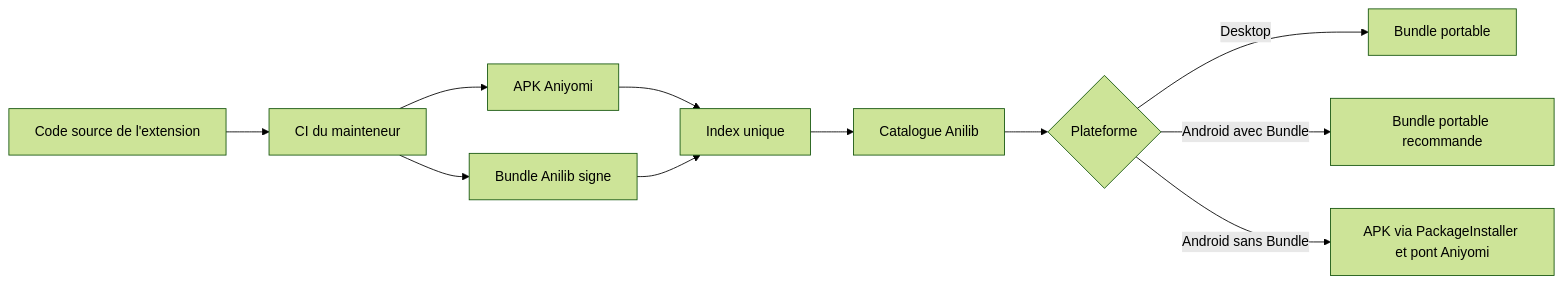
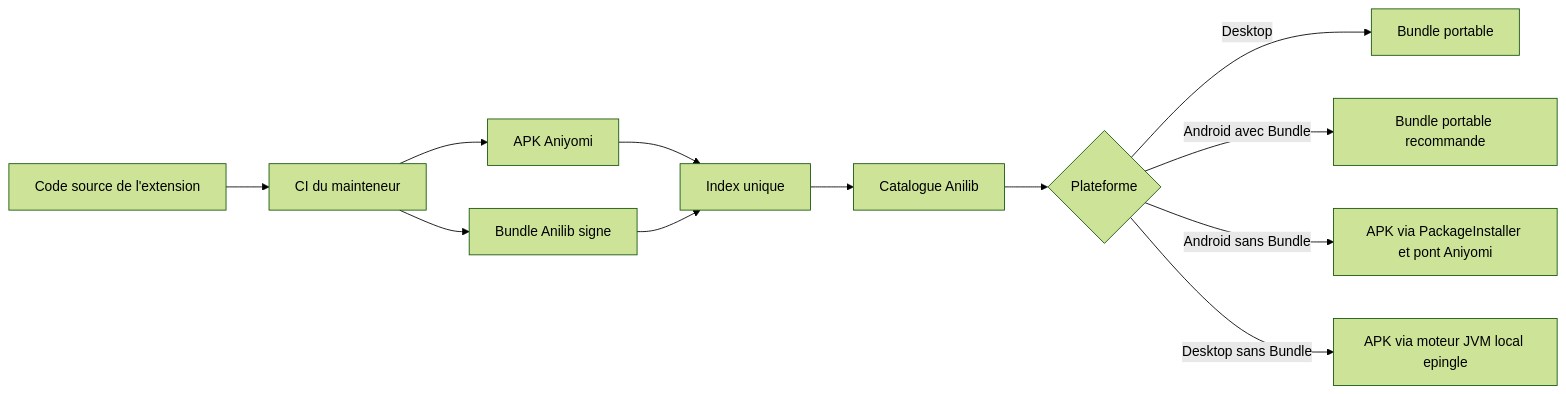
Before and after one commit to zolkers/Anilib: the diagram in Anilib/EXTENSION_CROSS_PLATFORM_STRATEGY.md, drawn with Mermaid (forest theme). The commit also changed other lines of this file and 6 other files, not shown here.

Commit message:
docs(extensions): record desktop apk strategy

````diff
--- a/Anilib/EXTENSION_CROSS_PLATFORM_STRATEGY.md
+++ b/Anilib/EXTENSION_CROSS_PLATFORM_STRATEGY.md
@@ -120,13 +123,14 @@
 ```mermaid
 flowchart LR
     S["Code source de l'extension"] --> C["CI du mainteneur"]
     C --> A["APK Aniyomi"]
     C --> B["Bundle Anilib signe"]
     A --> I["Index unique"]
     B --> I
     I --> R["Catalogue Anilib"]
     R --> D{"Plateforme"}
     D -->|"Desktop"| PB["Bundle portable"]
     D -->|"Android avec Bundle"| AB["Bundle portable recommande"]
     D -->|"Android sans Bundle"| AA["APK via PackageInstaller et pont Aniyomi"]
+    D -->|"Desktop sans Bundle"| DE["APK via moteur JVM local epingle"]
 ```
````
